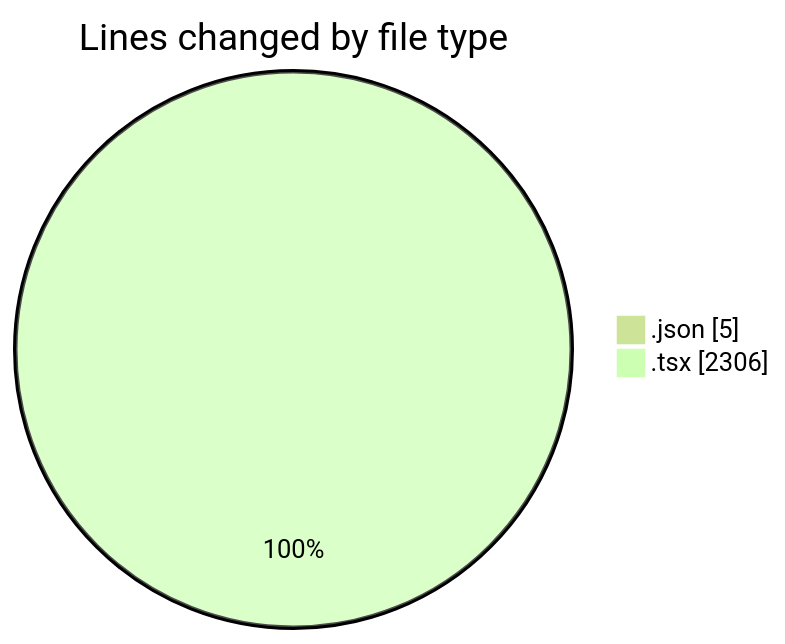
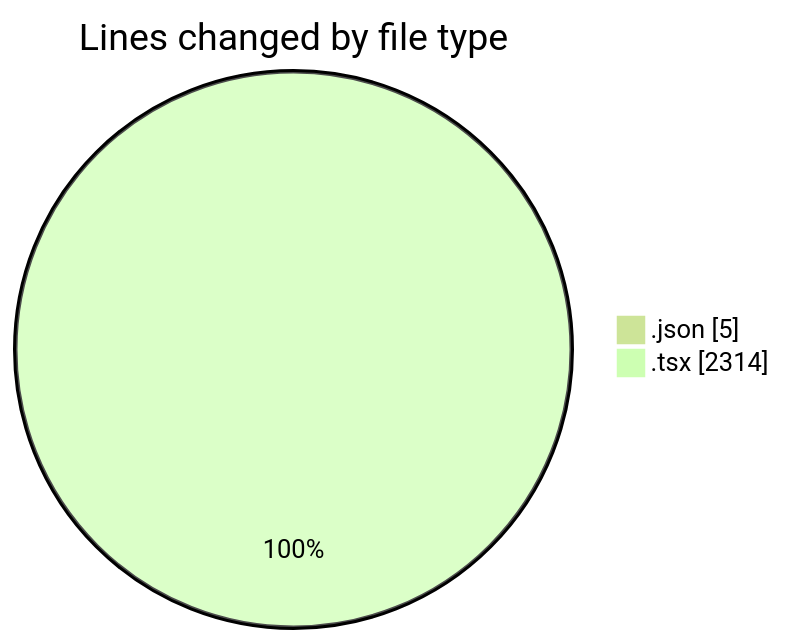
The first of 2 diagrams in 2025-05-29/advertise/README.md (Elitesun/code-tracking), drawn with Mermaid (forest theme) before and after one commit. The commit also changed other lines of this file and 1 other file, not shown here.

````diff
--- a/2025-05-29/advertise/README.md
+++ b/2025-05-29/advertise/README.md
@@ -26,6 +26,6 @@
 ```mermaid
 pie showData
 title Lines changed by file type
 ".json" : 5
-".tsx" : 2306
+".tsx" : 2314
 ```
````
